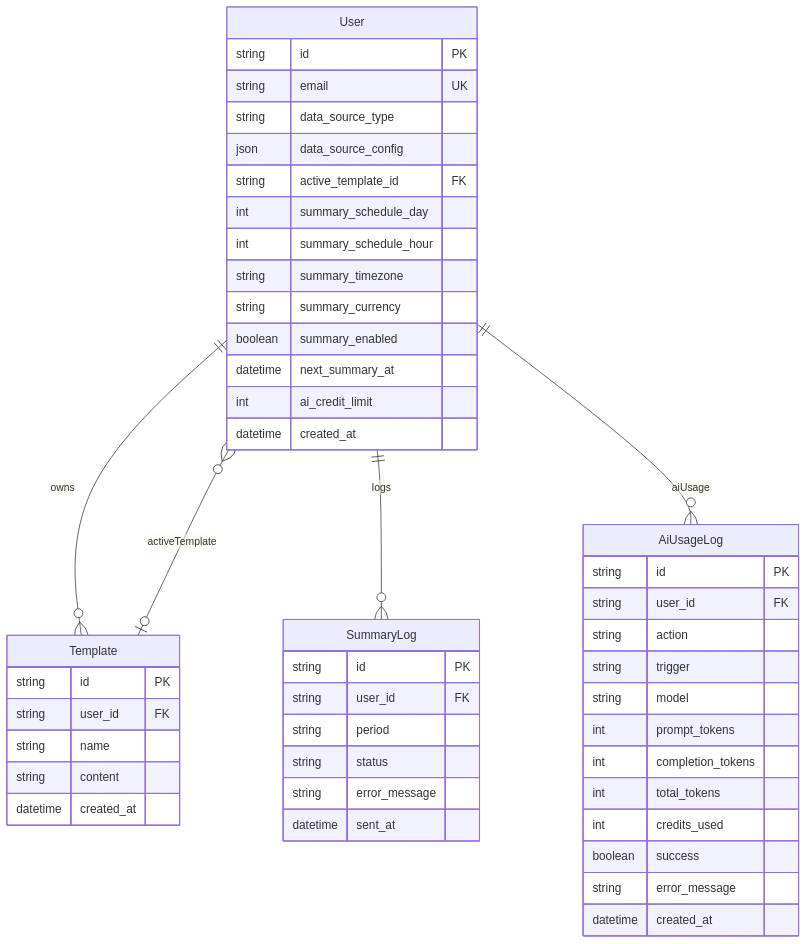
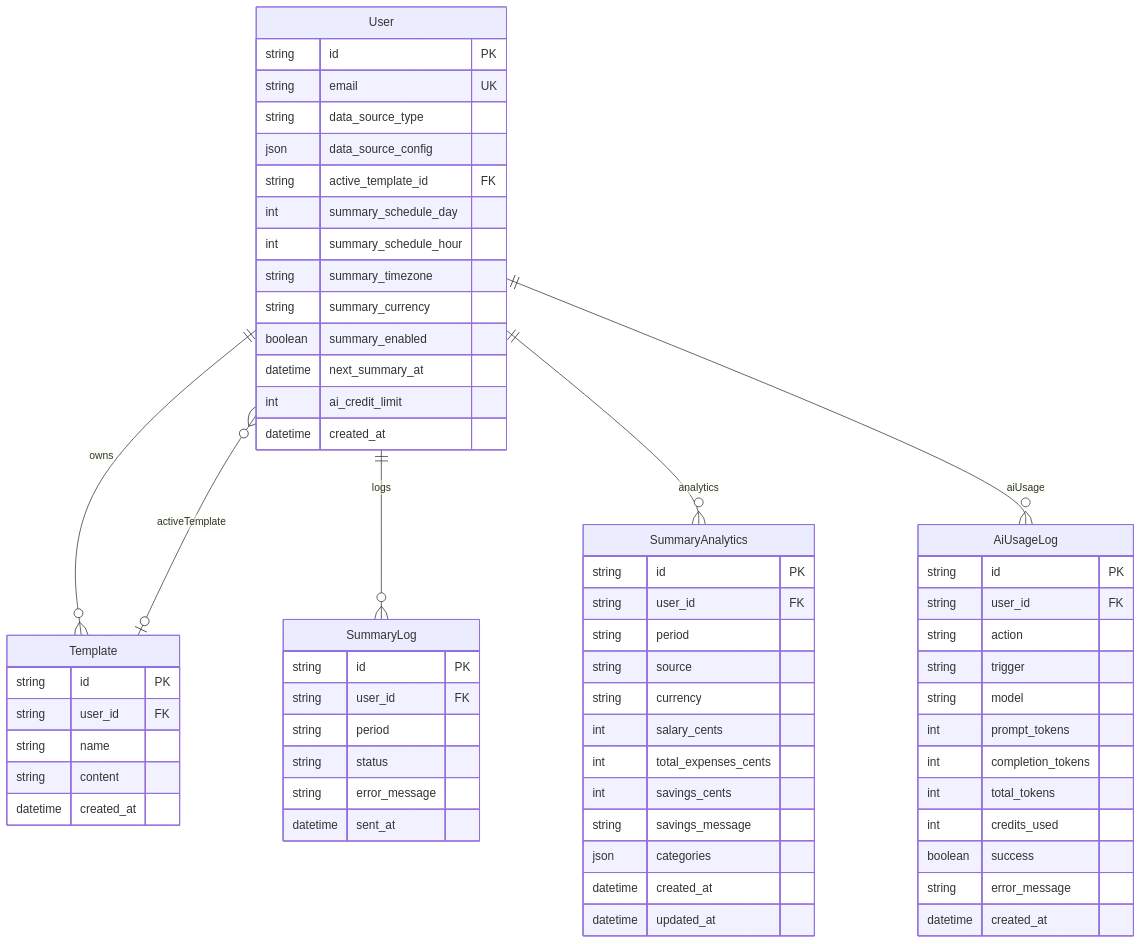
The diagram in docs/database.md (PatrykS-ORG/expenses-tracking-backend), drawn with Mermaid before and after one commit. The commit also changed other lines of this file and 40 other files, not shown here.

````diff
--- a/docs/database.md
+++ b/docs/database.md
@@ -151,51 +194,66 @@
 ```mermaid
 erDiagram
   User ||--o{ Template : owns
   User }o--o| Template : activeTemplate
   User ||--o{ SummaryLog : logs
+  User ||--o{ SummaryAnalytics : analytics
   User ||--o{ AiUsageLog : aiUsage
   User {
     string id PK
     string email UK
     string data_source_type
     json data_source_config
     string active_template_id FK
     int summary_schedule_day
     int summary_schedule_hour
     string summary_timezone
     string summary_currency
     boolean summary_enabled
     datetime next_summary_at
     int ai_credit_limit
     datetime created_at
   }
   Template {
     string id PK
     string user_id FK
     string name
     string content
     datetime created_at
   }
   SummaryLog {
     string id PK
     string user_id FK
     string period
     string status
     string error_message
     datetime sent_at
   }
+  SummaryAnalytics {
+    string id PK
+    string user_id FK
+    string period
+    string source
+    string currency
+    int salary_cents
+    int total_expenses_cents
+    int savings_cents
+    string savings_message
+    json categories
+    datetime created_at
+    datetime updated_at
+  }
   AiUsageLog {
     string id PK
     string user_id FK
     string action
     string trigger
     string model
     int prompt_tokens
     int completion_tokens
     int total_tokens
     int credits_used
     boolean success
     string error_message
     datetime created_at
   }
 ```
````
